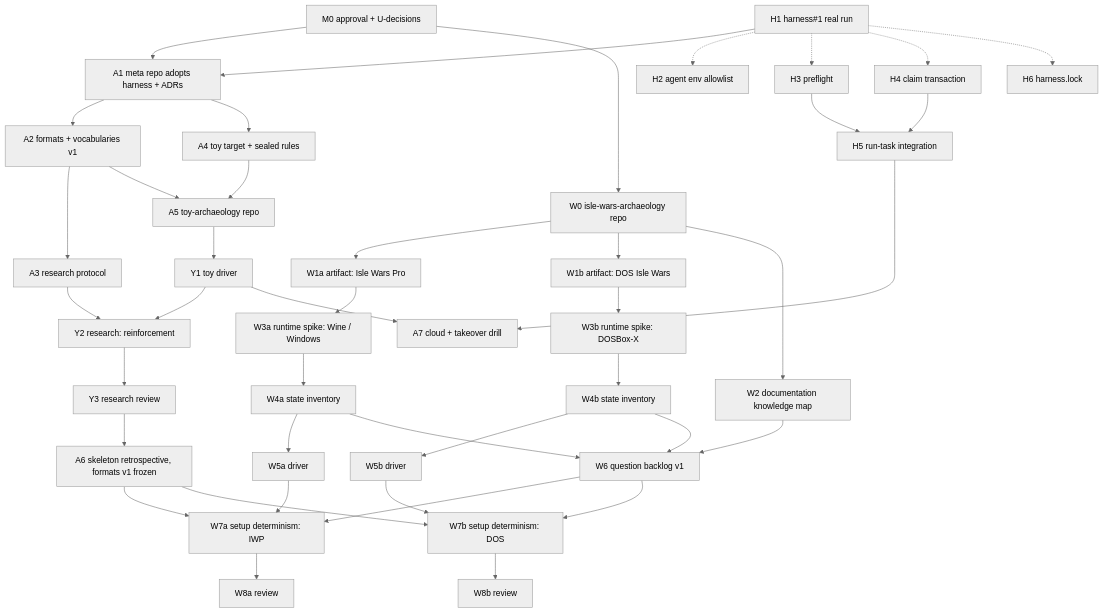
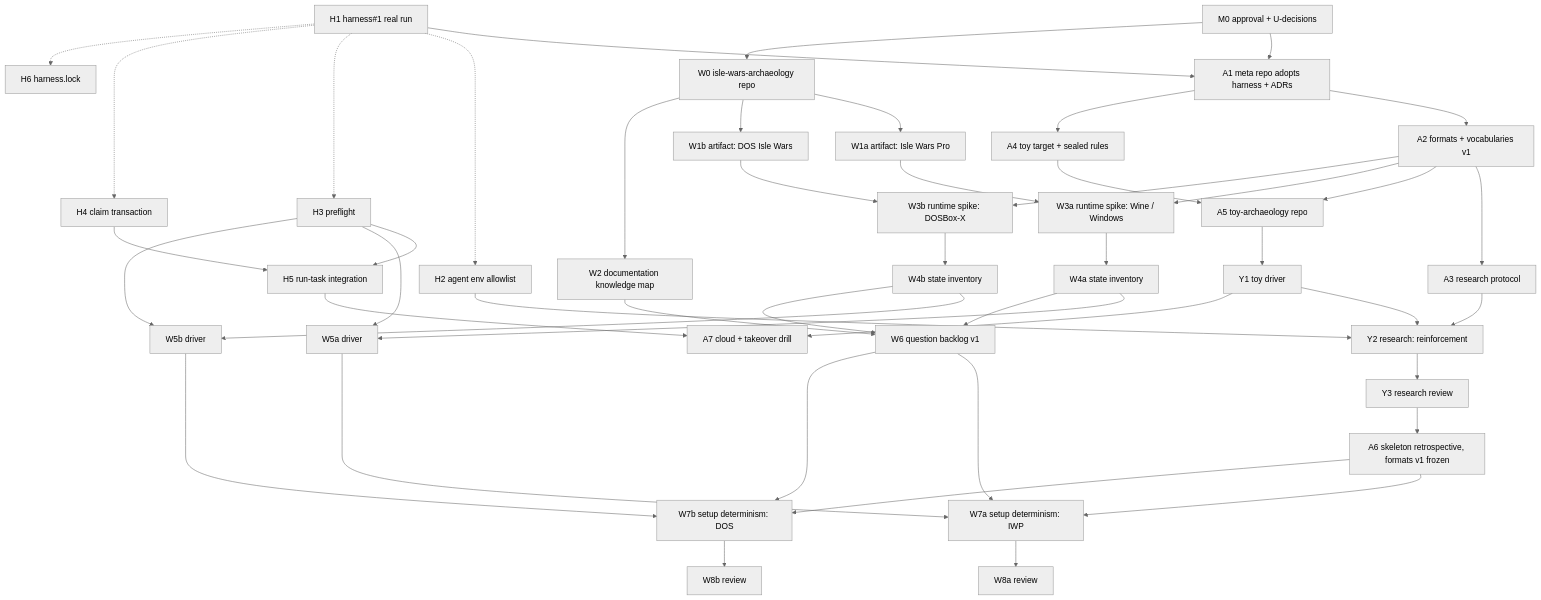
Before and after one commit to diegoami/game-archaeologist: the diagram in docs/phase0/07-delivery-plan.md, drawn with Mermaid (neutral theme). The commit also changed other lines of this file and 10 other files, not shown here.

````diff
--- a/docs/phase0/07-delivery-plan.md
+++ b/docs/phase0/07-delivery-plan.md
@@ -40,44 +41,49 @@
 ```mermaid
 graph TD
   M0[M0 approval + U-decisions] --> A1[A1 meta repo adopts harness + ADRs]
   H1[H1 harness#1 real run] --> A1
   A1 --> A2[A2 formats + vocabularies v1]
   A1 --> A4[A4 toy target + sealed rules]
   A2 --> A3[A3 research protocol]
   A4 --> A5[A5 toy-archaeology repo]
   A2 --> A5
   A5 --> Y1[Y1 toy driver]
   Y1 --> Y2[Y2 research: reinforcement]
   A3 --> Y2
   Y2 --> Y3[Y3 research review]
   Y3 --> A6[A6 skeleton retrospective, formats v1 frozen]
   H1 -.-> H2[H2 agent env allowlist]
   H1 -.-> H3[H3 preflight]
   H1 -.-> H4[H4 claim transaction]
   H3 --> H5[H5 run-task integration]
   H4 --> H5
   H1 -.-> H6[H6 harness.lock]
   H5 --> A7[A7 cloud + takeover drill]
   Y1 --> A7
   M0 --> W0[W0 isle-wars-archaeology repo]
   W0 --> W1a[W1a artifact: Isle Wars Pro]
   W0 --> W1b[W1b artifact: DOS Isle Wars]
   W0 --> W2[W2 documentation knowledge map]
   W1a --> W3a[W3a runtime spike: Wine / Windows]
   W1b --> W3b[W3b runtime spike: DOSBox-X]
+  A2 --> W3a
+  A2 --> W3b
   W3a --> W4a[W4a state inventory]
   W3b --> W4b[W4b state inventory]
   W4a --> W5a[W5a driver]
   W4b --> W5b[W5b driver]
+  H3 --> W5a
+  H3 --> W5b
+  H2 --> Y2
   W2 --> W6[W6 question backlog v1]
   W4a --> W6
   W4b --> W6
   W5a --> W7a[W7a setup determinism: IWP]
   W5b --> W7b[W7b setup determinism: DOS]
   A6 --> W7a
   A6 --> W7b
   W6 --> W7a
   W6 --> W7b
   W7a --> W8a[W8a review]
   W7b --> W8b[W8b review]
 ```
````
